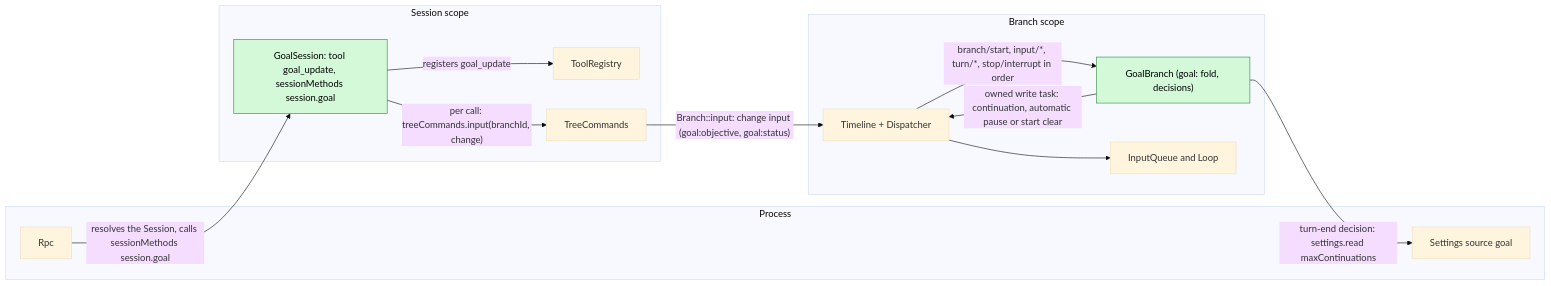
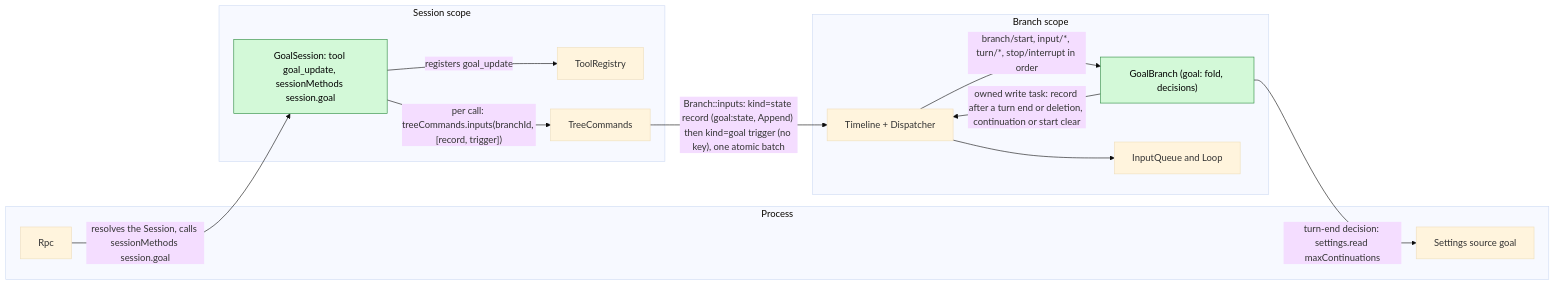
The first of 7 diagrams in docs/design/plugins/Goal.md (CoutinhoTTS/dim-agent), drawn with Mermaid (base theme) before and after one commit. The commit also changed other lines of this file and 229 other files, not shown here.

First line of the commit message:
refactor(timeline): query properties and bound history consumers

````diff
--- a/docs/design/plugins/Goal.md
+++ b/docs/design/plugins/Goal.md
@@ -11,26 +13,26 @@
 ```mermaid
 flowchart LR
   subgraph PROC["Process"]
     Rpc["Rpc"]
     Settings["Settings source goal"]
   end
   subgraph SESS["Session scope"]
     GS["GoalSession: tool goal_update, sessionMethods session.goal"]:::new
     TR["ToolRegistry"]
     TC["TreeCommands"]
   end
   subgraph BR["Branch scope"]
     GB["GoalBranch (goal: fold, decisions)"]:::new
     TL["Timeline + Dispatcher"]
     IQ["InputQueue and Loop"]
   end
   GS -- "registers goal_update" --> TR
   Rpc -- "resolves the Session, calls sessionMethods session.goal" --> GS
-  GS -- "per call: treeCommands.input(branchId, change)" --> TC
-  TC -- "Branch::input: change input (goal:objective, goal:status)" --> TL
+  GS -- "per call: treeCommands.inputs(branchId, [record, trigger])" --> TC
+  TC -- "Branch::inputs: kind=state record (goal:state, Append) then kind=goal trigger (no key), one atomic batch" --> TL
   TL -- "branch/start, input/*, turn/*, stop/interrupt in order" --> GB
-  GB -- "owned write task: continuation, automatic pause or start clear" --> TL
+  GB -- "owned write task: record after a turn end or deletion, continuation or start clear" --> TL
   GB -- "turn-end decision: settings.read maxContinuations" --> Settings
   TL --> IQ
   classDef new fill:#d3f9d8,stroke:#2b8a3e,color:#000
 ```
````
